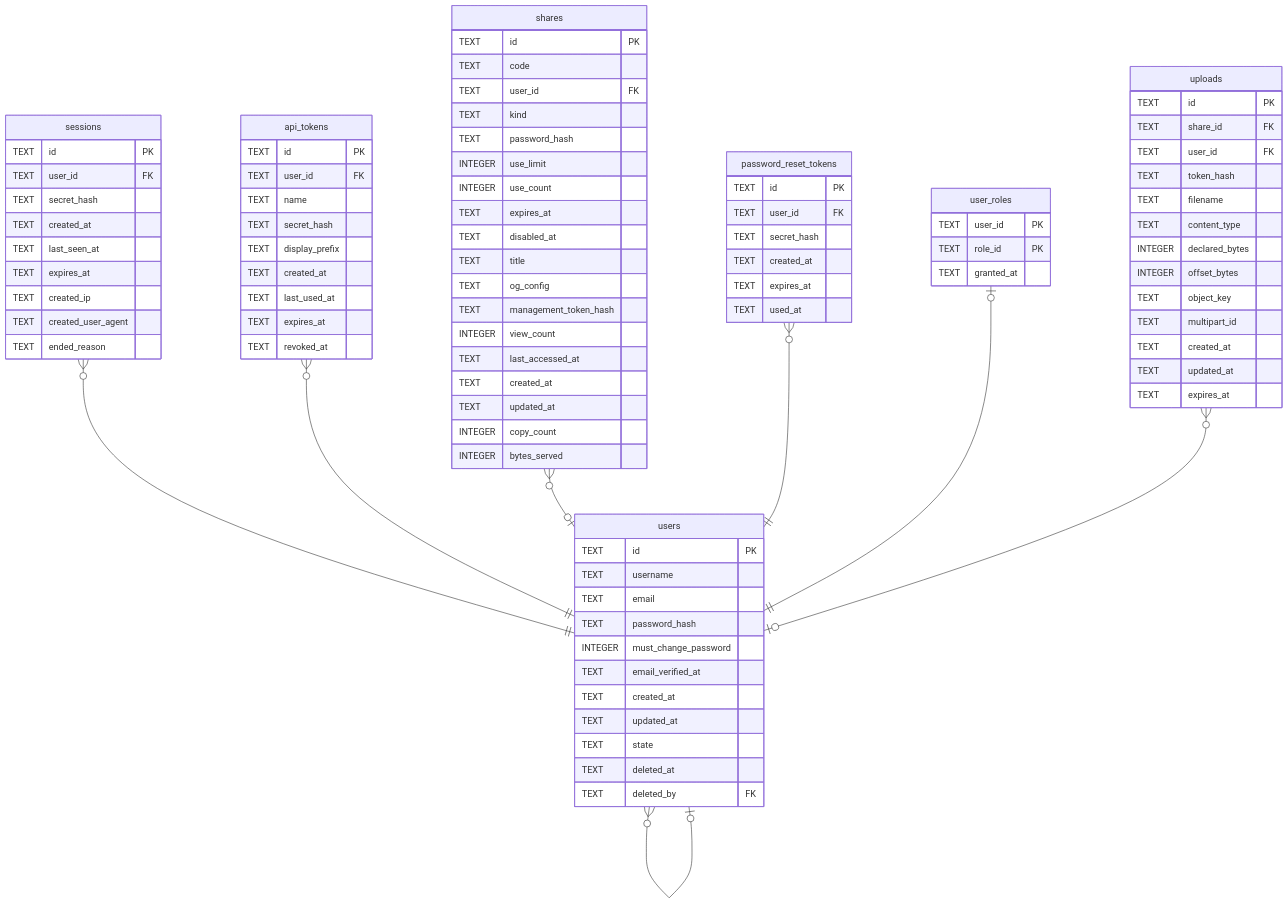
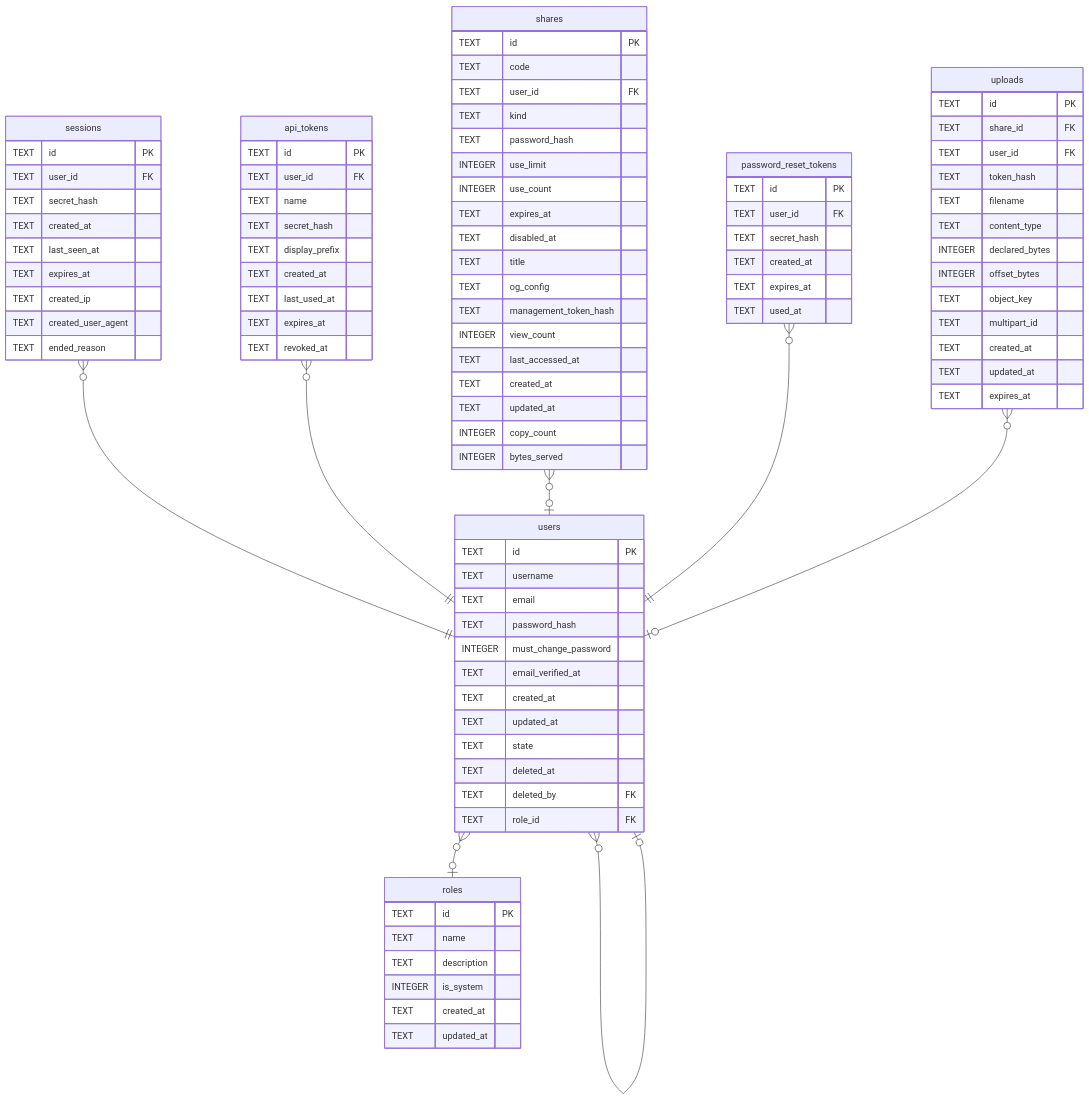
One commit to Limatura/tessera changed the diagram in docs/schema/users.md. Above: the diagram before and after it, drawn with Mermaid. The commit also changed other lines of this file and 27 other files, not shown here.

````diff
--- a/docs/schema/users.md
+++ b/docs/schema/users.md
@@ -70,8 +73,8 @@
 "api_tokens" }o--|| "users" : ""
 "shares" }o--o| "users" : ""
 "password_reset_tokens" }o--|| "users" : ""
-"user_roles" |o--|| "users" : ""
 "uploads" }o--o| "users" : ""
+"users" }o--o| "roles" : ""
 
 "users" {
   TEXT id PK
@@ -85,6 +88,7 @@
   TEXT state
   TEXT deleted_at
   TEXT deleted_by FK
+  TEXT role_id FK
 }
 "sessions" {
   TEXT id PK
@@ -136,11 +140,6 @@
   TEXT expires_at
   TEXT used_at
 }
-"user_roles" {
-  TEXT user_id PK
-  TEXT role_id PK
-  TEXT granted_at
-}
 "uploads" {
   TEXT id PK
   TEXT share_id FK
@@ -156,4 +155,12 @@
   TEXT updated_at
   TEXT expires_at
 }
+"roles" {
+  TEXT id PK
+  TEXT name
+  TEXT description
+  INTEGER is_system
+  TEXT created_at
+  TEXT updated_at
+}
 ```
````
